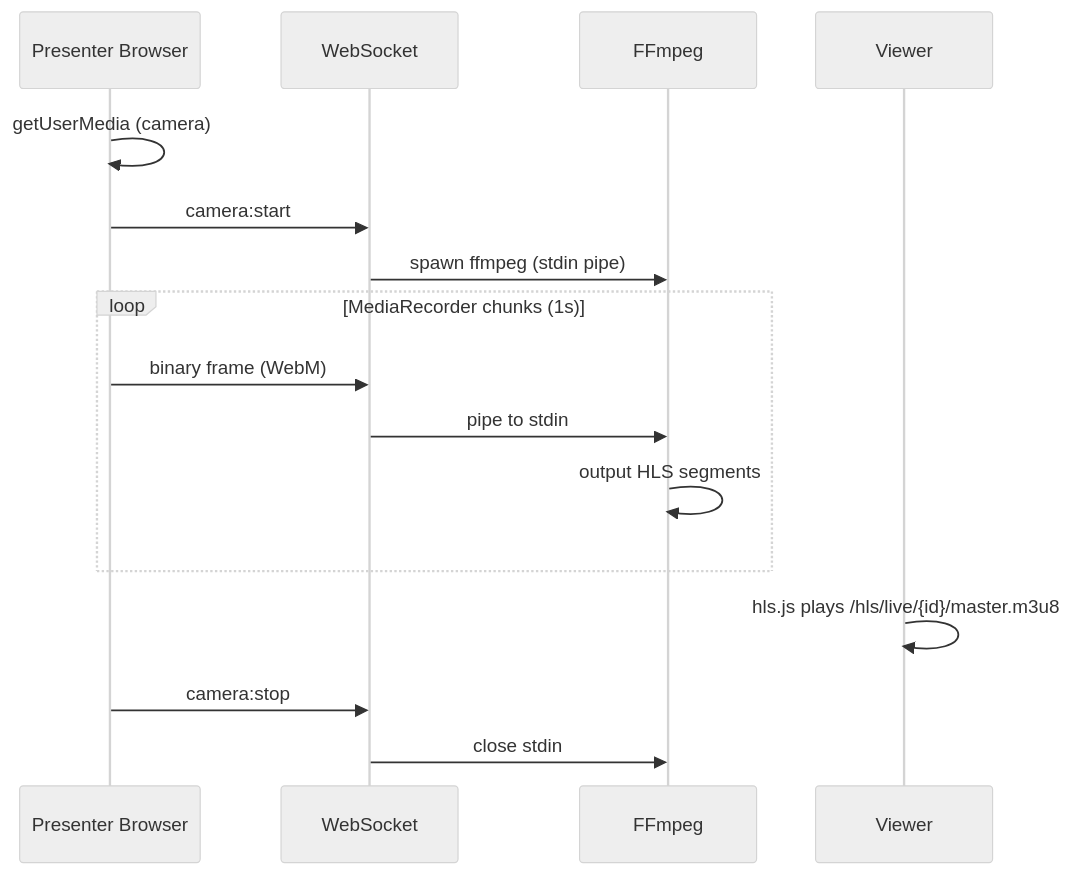
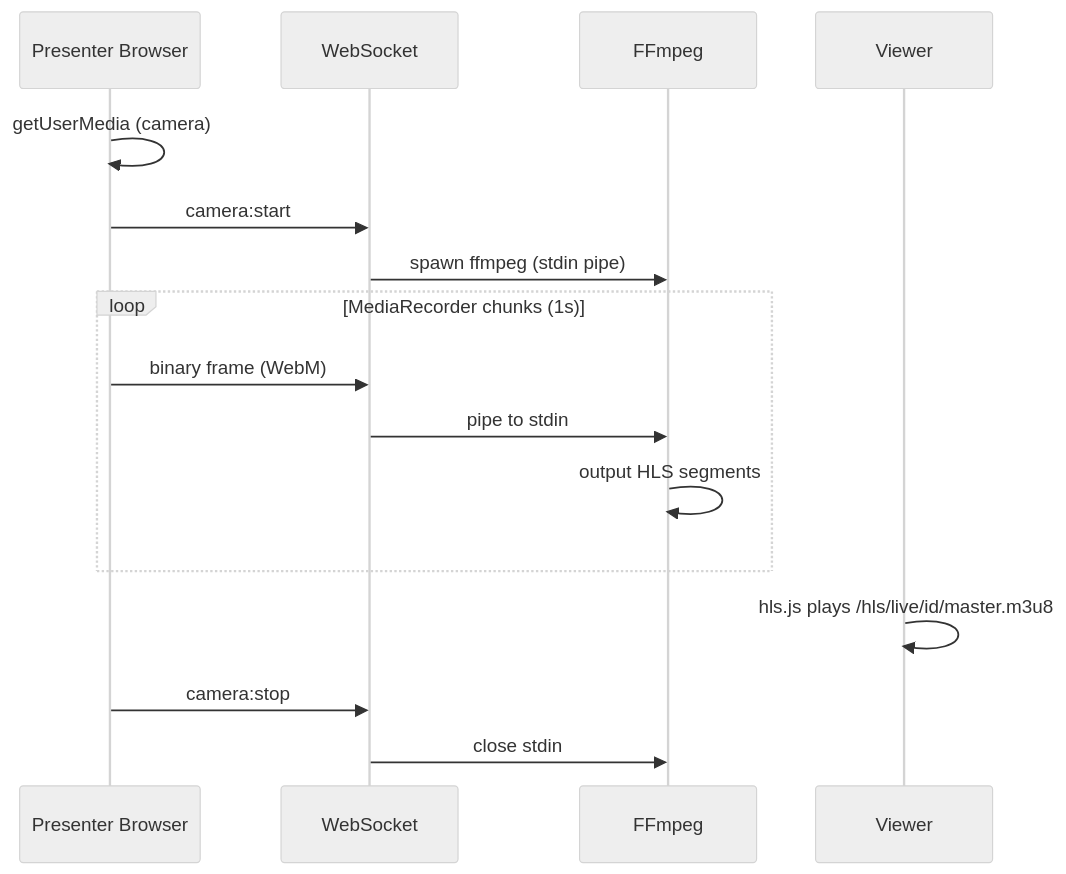
One commit to rtodea/streaming-101 changed the third of 5 diagrams in README.md. Above: the diagram before and after it, drawn with Mermaid (neutral theme). The commit also changed other lines of this file, not shown here.

First line of the commit message:
fix Mermaid parse error from curly braces in node labels

````diff
--- a/README.md
+++ b/README.md
@@ -91,19 +91,19 @@
 ```mermaid
 sequenceDiagram
     participant P as Presenter Browser
     participant WS as WebSocket
     participant F as FFmpeg
     participant V as Viewer
 
     P->>P: getUserMedia (camera)
     P->>WS: camera:start
     WS->>F: spawn ffmpeg (stdin pipe)
     loop MediaRecorder chunks (1s)
         P->>WS: binary frame (WebM)
         WS->>F: pipe to stdin
         F->>F: output HLS segments
     end
-    V->>V: hls.js plays /hls/live/{id}/master.m3u8
+    V->>V: hls.js plays /hls/live/id/master.m3u8
     P->>WS: camera:stop
     WS->>F: close stdin
 ```
````
